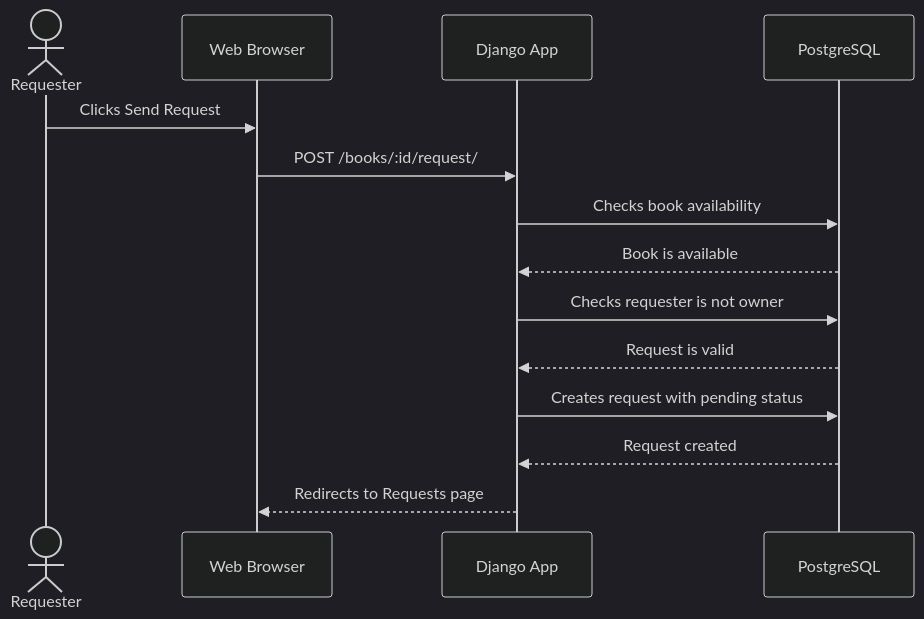
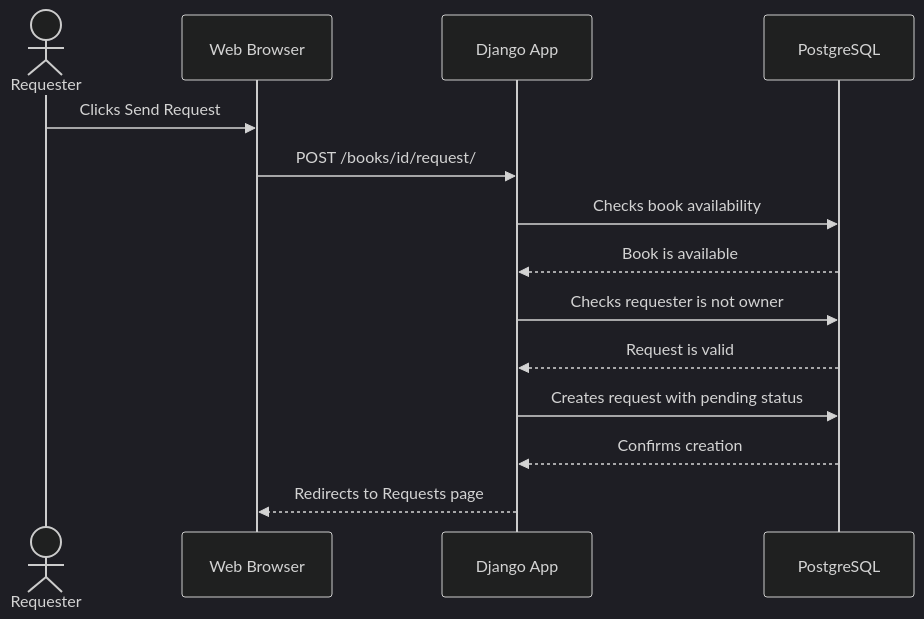
One commit to Handroc/Livract-project changed the sixth of 9 diagrams in README.md. Above: the diagram before and after it, drawn with Mermaid (dark theme). The commit also changed other lines of this file, not shown here.

````diff
--- a/README.md
+++ b/README.md
@@ -555,17 +373,16 @@
 ```mermaid
 sequenceDiagram
     actor Requester
     participant Browser as Web Browser
     participant Django as Django App
     participant DB as PostgreSQL
-
     Requester->>Browser: Clicks Send Request
-    Browser->>Django: POST /books/:id/request/
+    Browser->>Django: POST /books/id/request/
     Django->>DB: Checks book availability
     DB-->>Django: Book is available
     Django->>DB: Checks requester is not owner
     DB-->>Django: Request is valid
     Django->>DB: Creates request with pending status
-    DB-->>Django: Request created
+    DB-->>Django: Confirms creation
     Django-->>Browser: Redirects to Requests page
 ```
````
